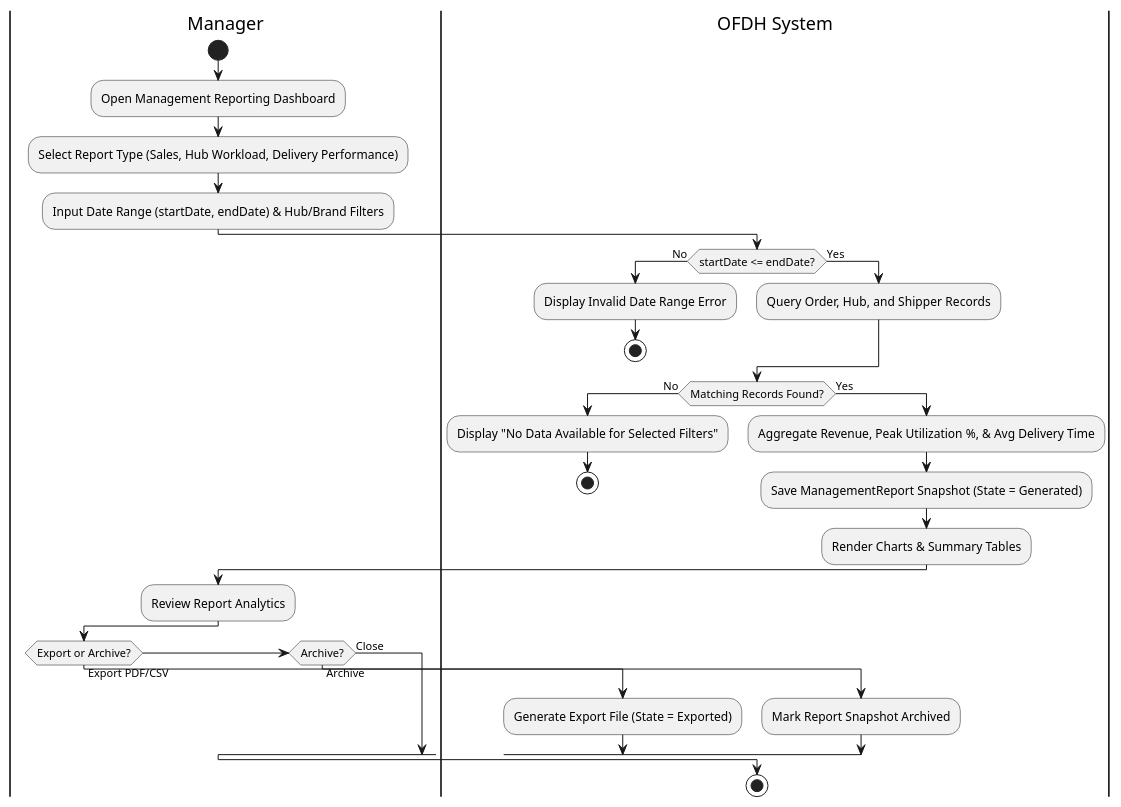
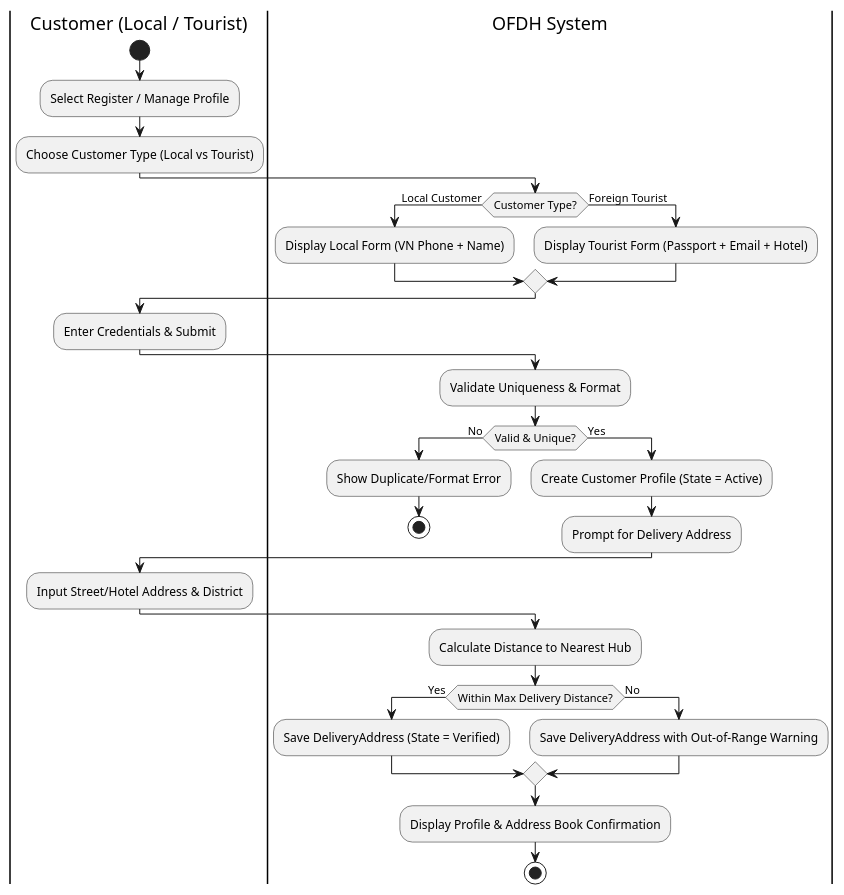
Before and after one commit to DawnRighteous21/RAD_FinalTerm_Team_G2: the diagram in UC1_RegisterCustomer_524H0134/01_Analysis/Codes/ActivityDiagram.puml, drawn with PlantUML. The commit also changed 13 other files, not shown here.

Commit message:
UC10: add shipper delivery activity diagram, SSD and state machine (524H0134)

```diff
--- a/UC1_RegisterCustomer_524H0134/01_Analysis/Codes/ActivityDiagram.puml
+++ b/UC1_RegisterCustomer_524H0134/01_Analysis/Codes/ActivityDiagram.puml
@@ -1,34 +1,35 @@
 @startuml
 skinparam shadowing false
-|Manager|
+|Customer (Local / Tourist)|
 start
-:Open Management Reporting Dashboard;
-:Select Report Type (Sales, Hub Workload, Delivery Performance);
-:Input Date Range (startDate, endDate) & Hub/Brand Filters;
+:Select Register / Manage Profile;
+:Choose Customer Type (Local vs Tourist);
 |OFDH System|
-if (startDate <= endDate?) then (No)
-  :Display Invalid Date Range Error;
+if (Customer Type?) then (Local Customer)
+  :Display Local Form (VN Phone + Name);
+else (Foreign Tourist)
+  :Display Tourist Form (Passport + Email + Hotel);
+endif
+|Customer (Local / Tourist)|
+:Enter Credentials & Submit;
+|OFDH System|
+:Validate Uniqueness & Format;
+if (Valid & Unique?) then (No)
+  :Show Duplicate/Format Error;
   stop
 else (Yes)
-  :Query Order, Hub, and Shipper Records;
+  :Create Customer Profile (State = Active);
+  :Prompt for Delivery Address;
 endif
-if (Matching Records Found?) then (No)
-  :Display "No Data Available for Selected Filters";
-  stop
-else (Yes)
-  :Aggregate Revenue, Peak Utilization %, & Avg Delivery Time;
-  :Save ManagementReport Snapshot (State = Generated);
-  :Render Charts & Summary Tables;
+|Customer (Local / Tourist)|
+:Input Street/Hotel Address & District;
+|OFDH System|
+:Calculate Distance to Nearest Hub;
+if (Within Max Delivery Distance?) then (Yes)
+  :Save DeliveryAddress (State = Verified);
+else (No)
+  :Save DeliveryAddress with Out-of-Range Warning;
 endif
-|Manager|
-:Review Report Analytics;
-if (Export or Archive?) then (Export PDF/CSV)
-  |OFDH System|
-  :Generate Export File (State = Exported);
-elseif (Archive?) then (Archive)
-  |OFDH System|
-  :Mark Report Snapshot Archived;
-else (Close)
-endif
+:Display Profile & Address Book Confirmation;
 stop
 @enduml
```
